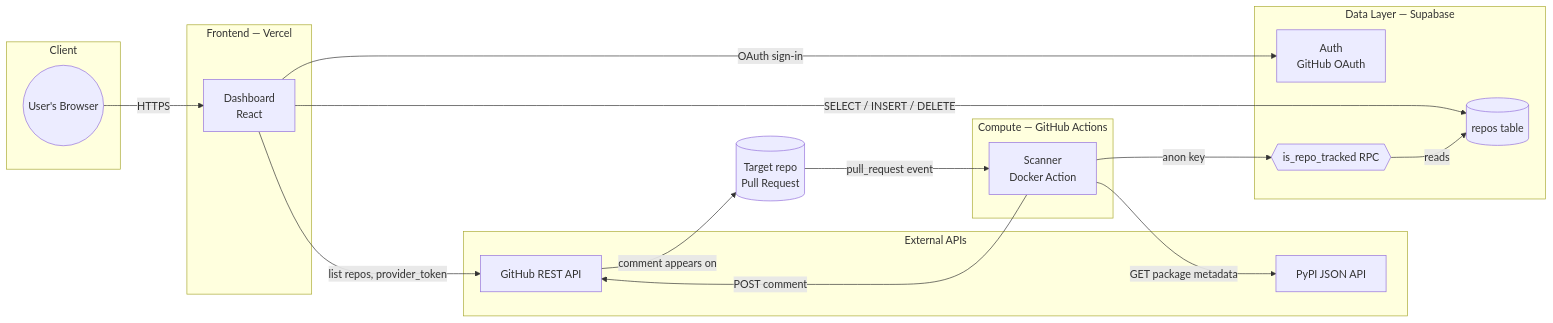
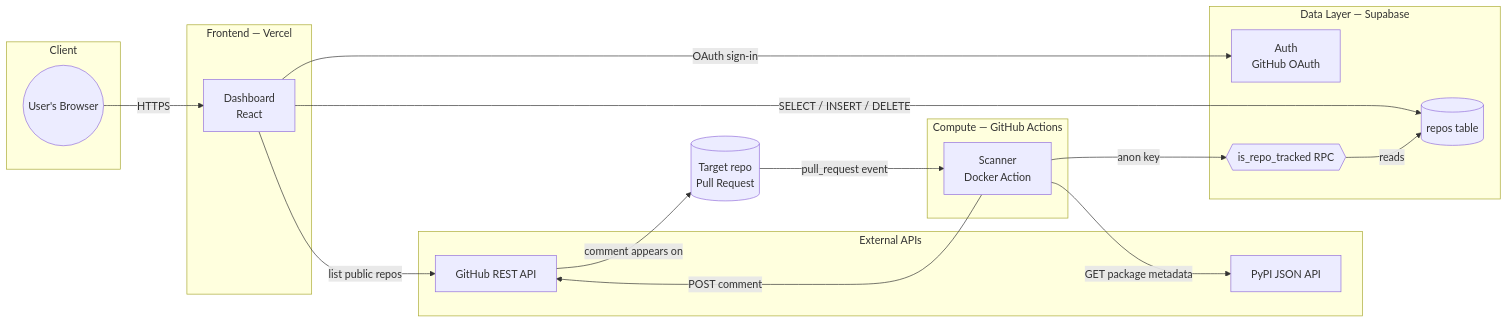
The diagram in README.md (dxfeng/deprecation-auditor), drawn with Mermaid before and after one commit. The commit also changed other lines of this file and 1 other file, not shown here.

Commit message:
Removed need for session token and only allows targeting public repos.

````diff
--- a/README.md
+++ b/README.md
@@ -26,39 +26,39 @@
 ```mermaid
 flowchart LR
     subgraph Client["Client"]
         Browser((User's Browser))
     end
 
     subgraph Frontend["Frontend — Vercel"]
         Dashboard[Dashboard\nReact]
     end
 
     subgraph Compute["Compute — GitHub Actions"]
         Scanner[Scanner\nDocker Action]
     end
 
     subgraph Data["Data Layer — Supabase"]
         AuthSvc[Auth\nGitHub OAuth]
         ReposTable[(repos table)]
         RPC{{is_repo_tracked RPC}}
     end
 
     subgraph External["External APIs"]
         GitHubAPI[GitHub REST API]
         PyPIAPI[PyPI JSON API]
     end
 
     Repo[(Target repo\nPull Request)]
 
     Browser -->|HTTPS| Dashboard
     Dashboard -->|OAuth sign-in| AuthSvc
     Dashboard -->|SELECT / INSERT / DELETE| ReposTable
-    Dashboard -->|list repos, provider_token| GitHubAPI
+    Dashboard -->|list public repos| GitHubAPI
 
     Repo -->|pull_request event| Scanner
     Scanner -->|anon key| RPC
     RPC -->|reads| ReposTable
     Scanner -->|GET package metadata| PyPIAPI
     Scanner -->|POST comment| GitHubAPI
     GitHubAPI -->|comment appears on| Repo
 ```
````
